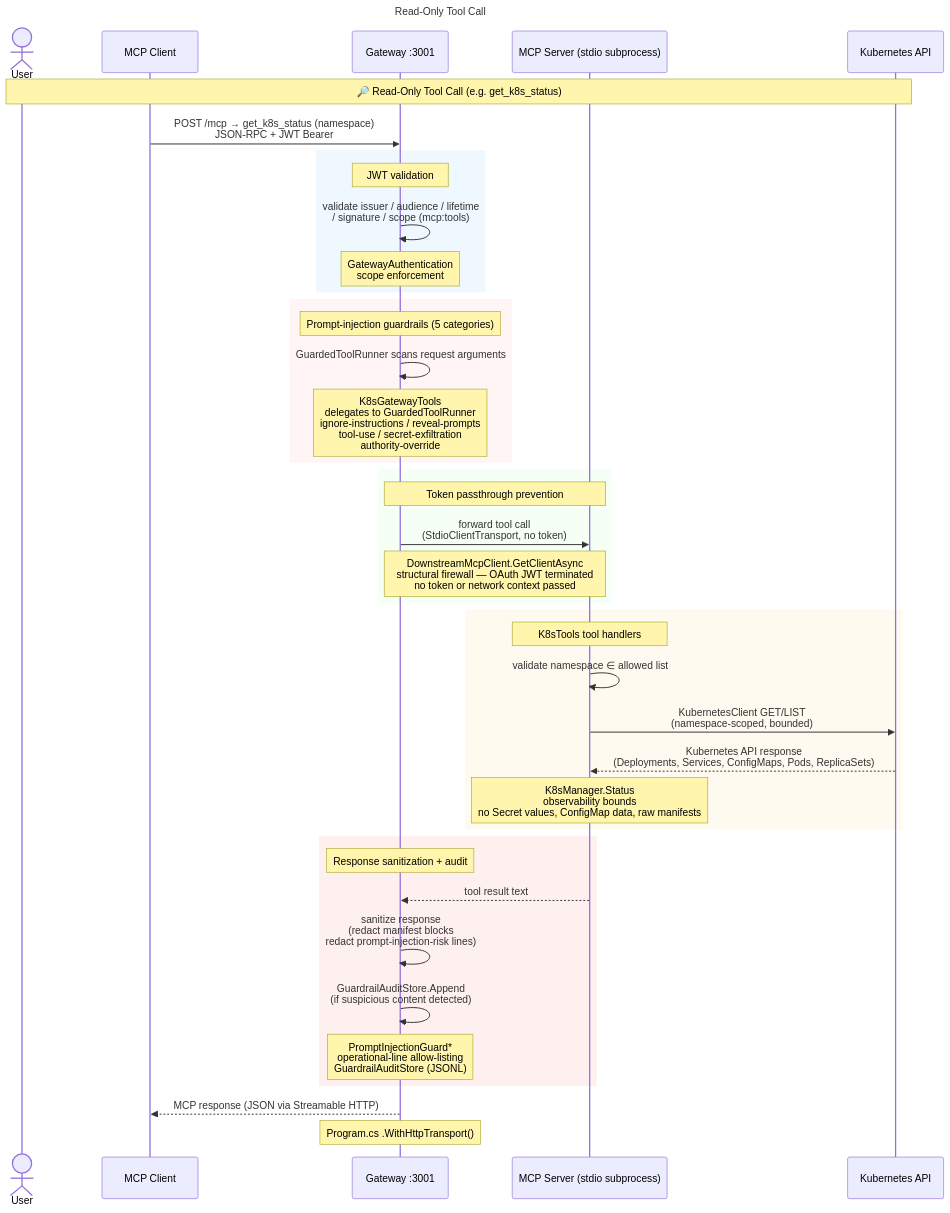
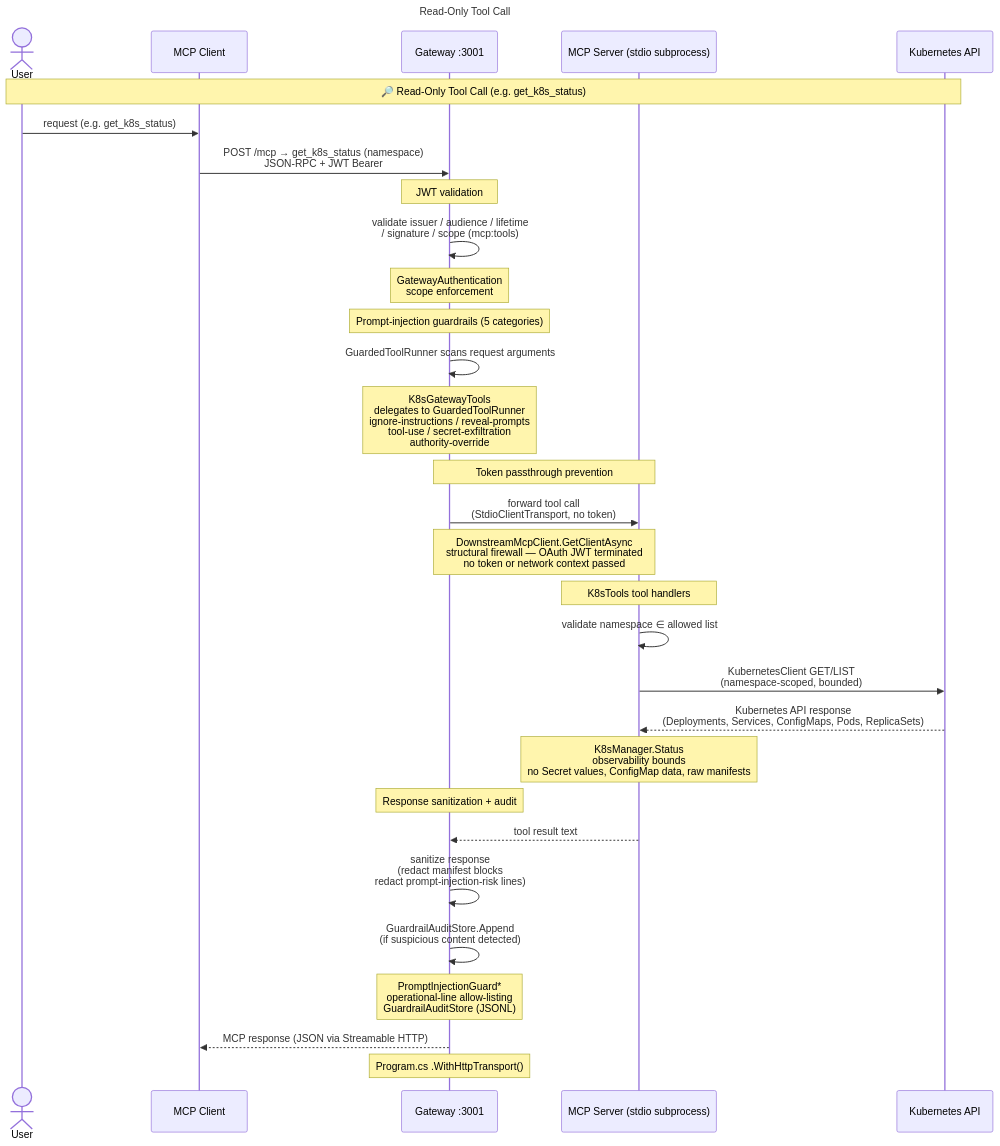
The second of 3 diagrams in docs/full-architecture-diagram.md (mirusser/Kubernetes-MCP-Guard), drawn with Mermaid before and after one commit. The commit also changed other lines of this file and 4 other files, not shown here.

````diff
--- a/docs/full-architecture-diagram.md
+++ b/docs/full-architecture-diagram.md
@@ -63,52 +57,43 @@
 ```mermaid
 ---
 title: Read-Only Tool Call
 ---
 sequenceDiagram
     actor User
     participant Client as MCP Client
     participant GW as Gateway :3001
     participant Svr as MCP Server (stdio subprocess)
     participant K8s as Kubernetes API
 
     Note over User,K8s: 🔎 Read-Only Tool Call (e.g. get_k8s_status)
 
+    User->>Client: request (e.g. get_k8s_status)
     Client->>GW: POST /mcp → get_k8s_status (namespace)<br/>JSON-RPC + JWT Bearer
 
-    rect rgb(240, 248, 255)
-        Note over GW: JWT validation
-        GW->>GW: validate issuer / audience / lifetime<br/>/ signature / scope (mcp:tools)
-        Note over GW: GatewayAuthentication<br/>scope enforcement
-    end
+    Note over GW: JWT validation
+    GW->>GW: validate issuer / audience / lifetime<br/>/ signature / scope (mcp:tools)
+    Note over GW: GatewayAuthentication<br/>scope enforcement
 
-    rect rgb(255, 245, 245)
-        Note over GW: Prompt-injection guardrails (5 categories)
-        GW->>GW: GuardedToolRunner scans request arguments
-        Note over GW: K8sGatewayTools<br/>delegates to GuardedToolRunner<br/>ignore-instructions / reveal-prompts<br/>tool-use / secret-exfiltration<br/>authority-override
-    end
+    Note over GW: Prompt-injection guardrails (5 categories)
+    GW->>GW: GuardedToolRunner scans request arguments
+    Note over GW: K8sGatewayTools<br/>delegates to GuardedToolRunner<br/>ignore-instructions / reveal-prompts<br/>tool-use / secret-exfiltration<br/>authority-override
 
-    rect rgb(245, 255, 245)
-        Note over GW,Svr: Token passthrough prevention
-        GW->>Svr: forward tool call<br/>(StdioClientTransport, no token)
-        Note over GW,Svr: DownstreamMcpClient.GetClientAsync<br/>structural firewall — OAuth JWT terminated<br/>no token or network context passed
-    end
+    Note over GW,Svr: Token passthrough prevention
+    GW->>Svr: forward tool call<br/>(StdioClientTransport, no token)
+    Note over GW,Svr: DownstreamMcpClient.GetClientAsync<br/>structural firewall — OAuth JWT terminated<br/>no token or network context passed
 
-    rect rgb(255, 250, 240)
-        Note over Svr: K8sTools tool handlers
-        Svr->>Svr: validate namespace ∈ allowed list
-        Svr->>K8s: KubernetesClient GET/LIST<br/>(namespace-scoped, bounded)
-        K8s-->>Svr: Kubernetes API response<br/>(Deployments, Services, ConfigMaps, Pods, ReplicaSets)
-        Note over Svr: K8sManager.Status<br/>observability bounds<br/>no Secret values, ConfigMap data, raw manifests
-    end
+    Note over Svr: K8sTools tool handlers
+    Svr->>Svr: validate namespace ∈ allowed list
+    Svr->>K8s: KubernetesClient GET/LIST<br/>(namespace-scoped, bounded)
+    K8s-->>Svr: Kubernetes API response<br/>(Deployments, Services, ConfigMaps, Pods, ReplicaSets)
+    Note over Svr: K8sManager.Status<br/>observability bounds<br/>no Secret values, ConfigMap data, raw manifests
 
-    rect rgb(255, 240, 240)
-        Note over GW: Response sanitization + audit
-        Svr-->>GW: tool result text
-        GW->>GW: sanitize response<br/>(redact manifest blocks<br/>redact prompt-injection-risk lines)
-        GW->>GW: GuardrailAuditStore.Append<br/>(if suspicious content detected)
-        Note over GW: PromptInjectionGuard*<br/>operational-line allow-listing<br/>GuardrailAuditStore (JSONL)
-    end
+    Note over GW: Response sanitization + audit
+    Svr-->>GW: tool result text
+    GW->>GW: sanitize response<br/>(redact manifest blocks<br/>redact prompt-injection-risk lines)
+    GW->>GW: GuardrailAuditStore.Append<br/>(if suspicious content detected)
+    Note over GW: PromptInjectionGuard*<br/>operational-line allow-listing<br/>GuardrailAuditStore (JSONL)
 
     GW-->>Client: MCP response (JSON via Streamable HTTP)
     Note over GW: Program.cs .WithHttpTransport()
 ```
````
